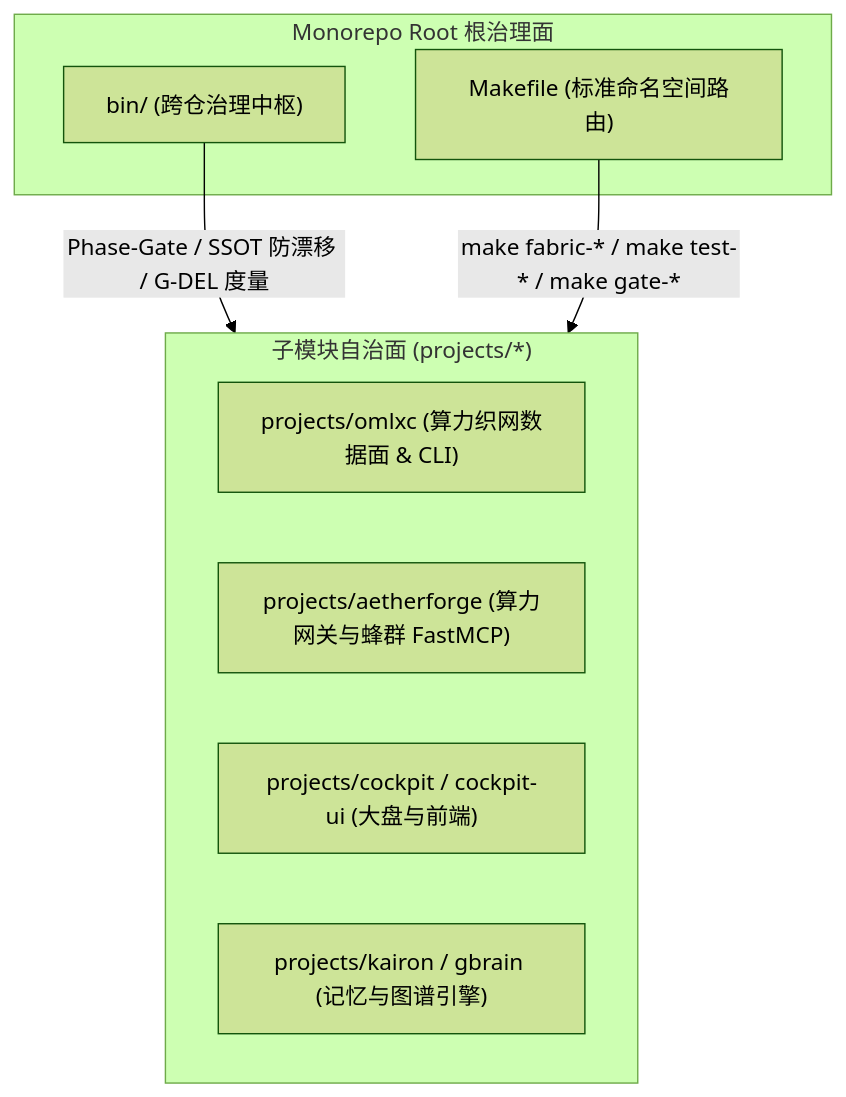
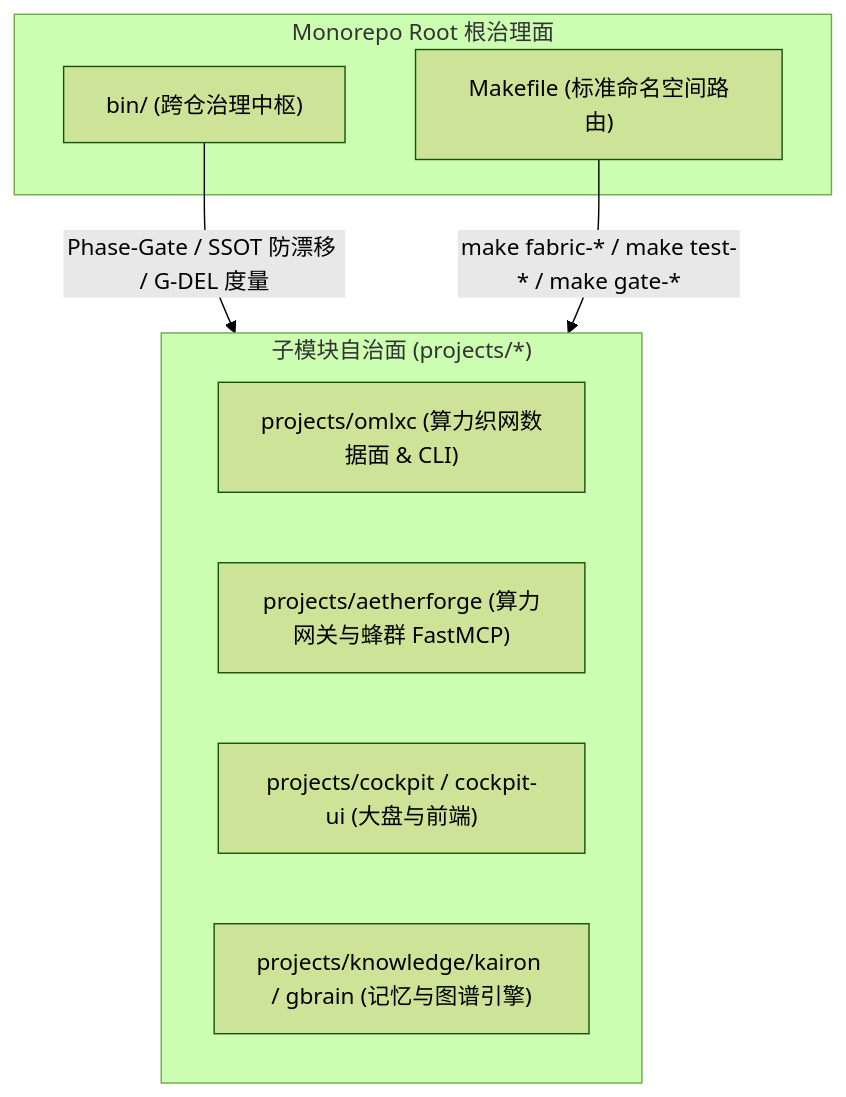
One commit to starlink-awaken/omostation changed the diagram in docs/governance/bin-and-scripts-architecture.md. Above: the diagram before and after it, drawn with Mermaid (forest theme). The commit also changed 1216 other files, not shown here.

First line of the commit message:
refactor(knowledge): kairon 内包 projects/knowledge/kairon (T6-01 PR-3)

````diff
--- a/docs/governance/bin-and-scripts-architecture.md
+++ b/docs/governance/bin-and-scripts-architecture.md
@@ -15,17 +15,17 @@
 ```mermaid
 graph TD
     subgraph Root["Monorepo Root 根治理面"]
         B["bin/ (跨仓治理中枢)"]
         M["Makefile (标准命名空间路由)"]
     end
 
     subgraph Submodules["子模块自治面 (projects/*)"]
         S_OMLXC["projects/omlxc (算力织网数据面 & CLI)"]
         S_AF["projects/aetherforge (算力网关与蜂群 FastMCP)"]
         S_CK["projects/cockpit / cockpit-ui (大盘与前端)"]
-        S_KOS["projects/kairon / gbrain (记忆与图谱引擎)"]
+        S_KOS["projects/knowledge/kairon / gbrain (记忆与图谱引擎)"]
     end
 
     B -- "Phase-Gate / SSOT 防漂移 / G-DEL 度量" --> Submodules
     M -- "make fabric-* / make test-* / make gate-*" --> Submodules
 ```
````
